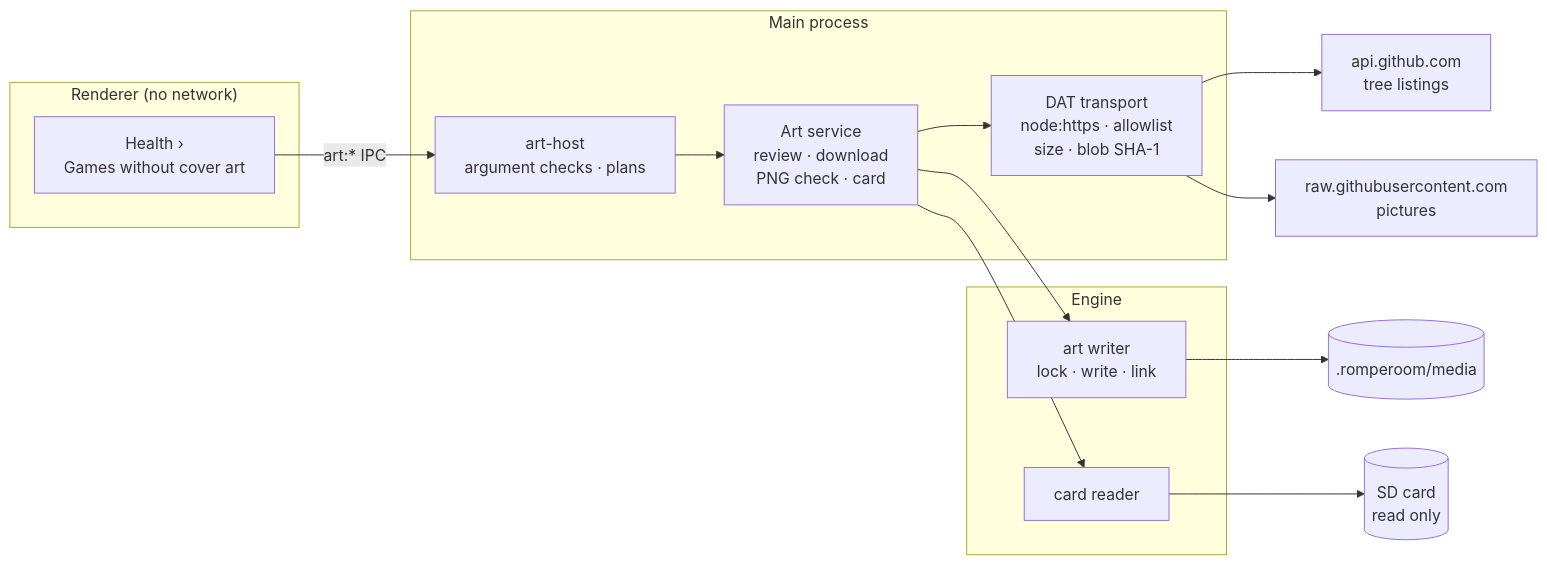
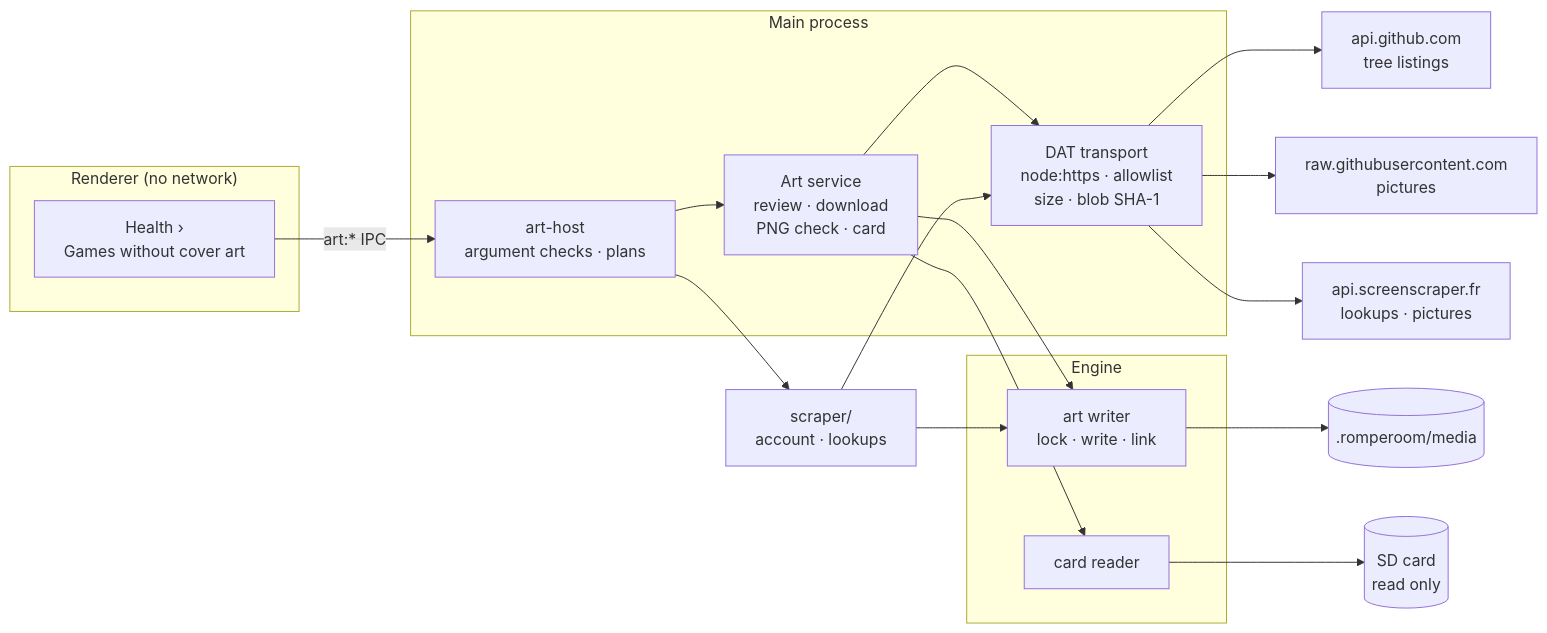
One commit to MakerCorn/romperoom-releases changed diagram 14 of 18 in docs/architecture.md. Above: the diagram before and after it, drawn with Mermaid. The commit also changed other lines of this file and 58 other files, not shown here.

````diff
--- a/docs/architecture.md
+++ b/docs/architecture.md
@@ -1383,20 +1428,23 @@
 ```mermaid
 flowchart LR
   subgraph R["Renderer (no network)"]
     P["Health ›<br/>Games without cover art"]
   end
   subgraph M["Main process"]
     H["art-host<br/>argument checks · plans"]
     SV["Art service<br/>review · download<br/>PNG check · card"]
     T["DAT transport<br/>node:https · allowlist<br/>size · blob SHA-1"]
   end
   subgraph E["Engine"]
     WR["art writer<br/>lock · write · link"]
     CR["card reader"]
   end
   P -- "art:* IPC" --> H --> SV --> T
+  H --> SC["scraper/<br/>account · lookups"] --> T
+  SC --> WR
   T --> API["api.github.com<br/>tree listings"]
   T --> RAW["raw.githubusercontent.com<br/>pictures"]
+  T --> SS["api.screenscraper.fr<br/>lookups · pictures"]
   SV --> WR --> MED[(".romperoom/media")]
   SV --> CR --> CARD[("SD card<br/>read only")]
 ```
````
